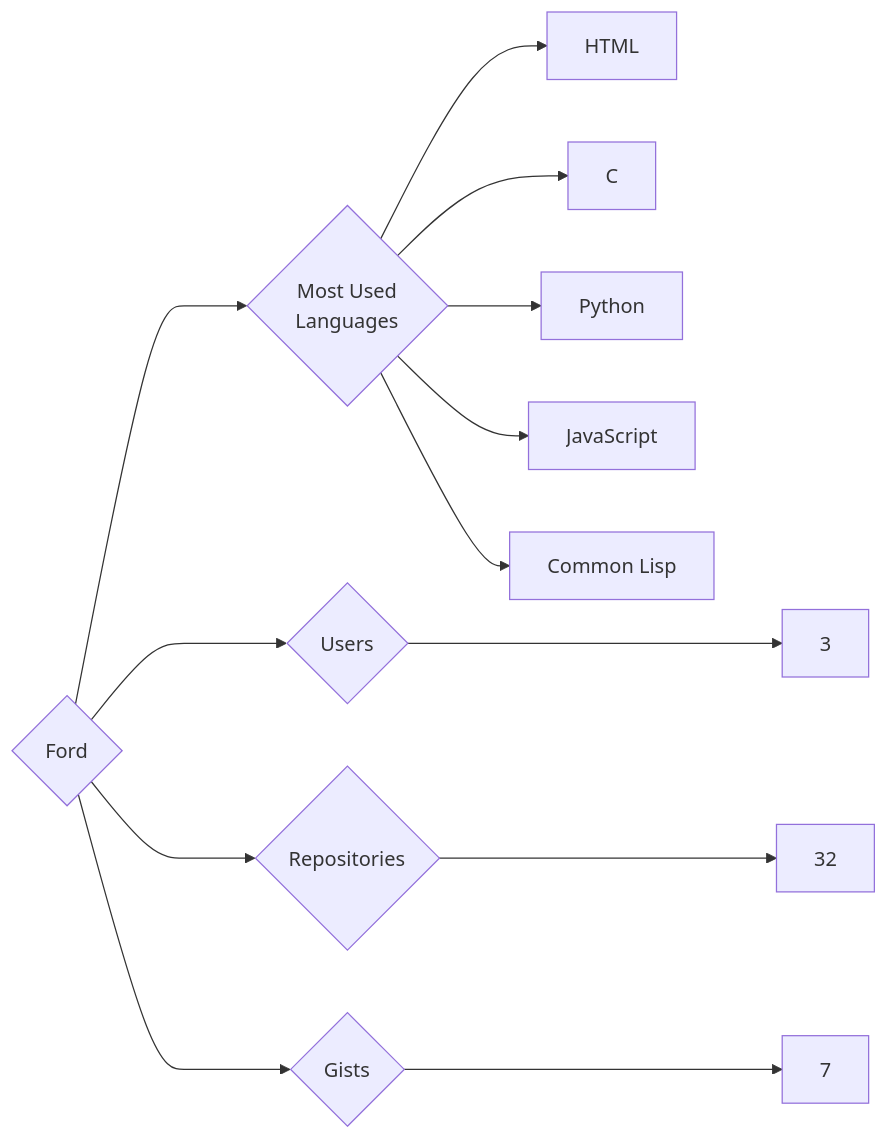
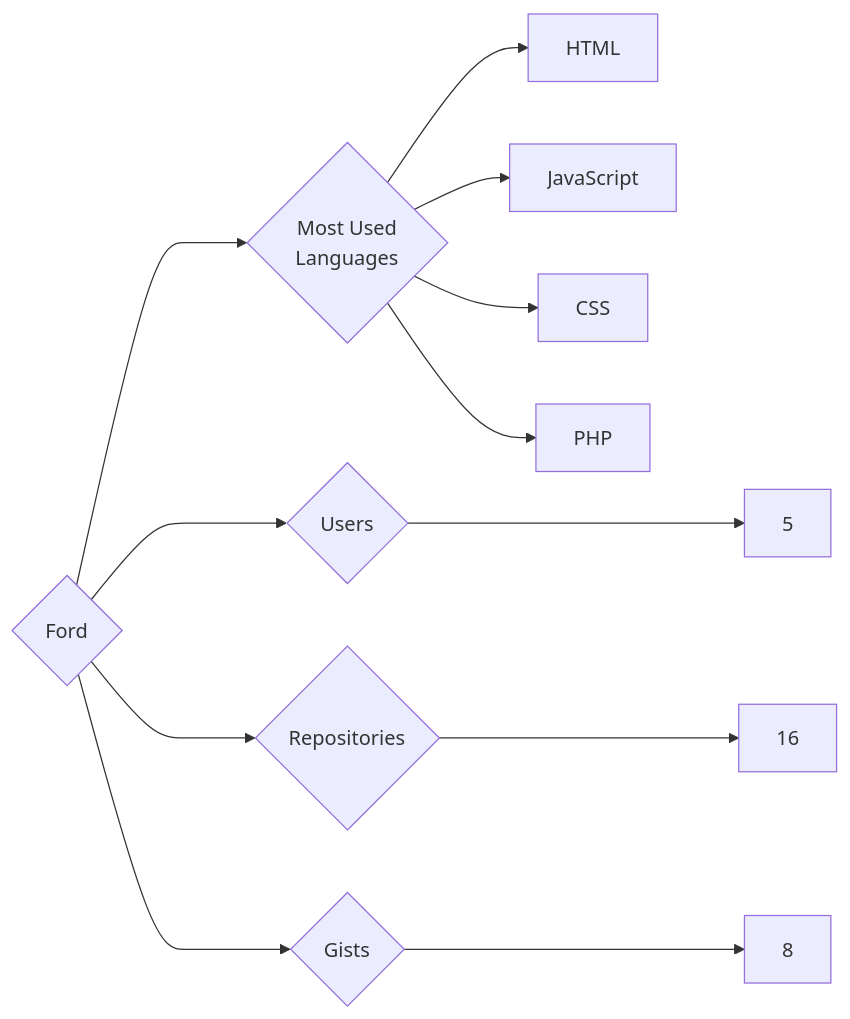
One commit to trickest/insiders changed the diagram in targets/Ford/README.md. Above: the diagram before and after it, drawn with Mermaid. The commit also changed 1175 other files, not shown here.

````diff
--- a/targets/Ford/README.md
+++ b/targets/Ford/README.md
@@ -3,13 +3,12 @@
 ```mermaid
 graph LR
 COMPANY_NAME{Ford}
-COMPANY_NAME ---> U{Users} ---> UN[3]
-COMPANY_NAME ---> R{Repositories} ---> RN[32]
-COMPANY_NAME ---> G{Gists} ---> GN[7]
+COMPANY_NAME ---> U{Users} ---> UN[5]
+COMPANY_NAME ---> R{Repositories} ---> RN[16]
+COMPANY_NAME ---> G{Gists} ---> GN[8]
 COMPANY_NAME ---> ML{Most Used<br>Languages}
 ML --> HTML[HTML]
-ML --> C[C]
-ML --> Python[Python]
 ML --> JavaScript[JavaScript]
-ML --> Common_Lisp[Common Lisp]
+ML --> CSS[CSS]
+ML --> PHP[PHP]
 ```
````
